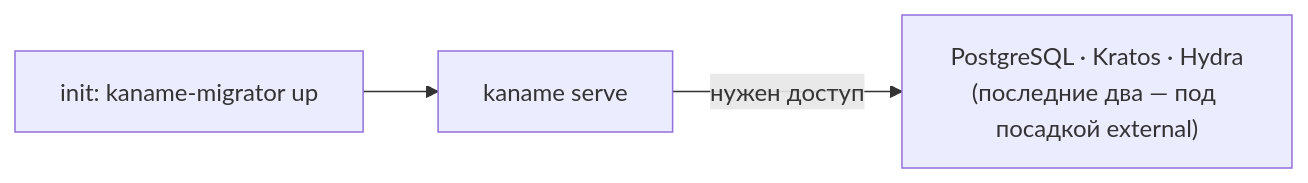
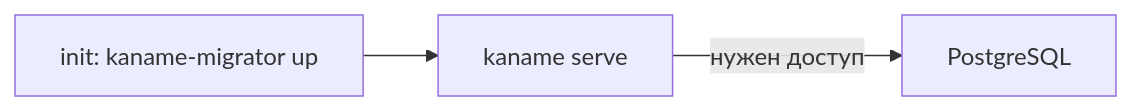
The diagram in docs/content/install/deploy.mdx (PRO-Robotech/kaname), drawn with Mermaid before and after one commit. The commit also changed other lines of this file and 15 other files, not shown here.

````diff
--- a/docs/content/install/deploy.mdx
+++ b/docs/content/install/deploy.mdx
@@ -100,5 +99,5 @@
 ```mermaid
 flowchart LR
   mig["init: kaname-migrator up"] --> app["kaname serve"]
-  app -->|"нужен доступ"| deps["PostgreSQL · Kratos · Hydra<br/>(последние два — под посадкой external)"]
+  app -->|"нужен доступ"| deps["PostgreSQL"]
 ```
````
